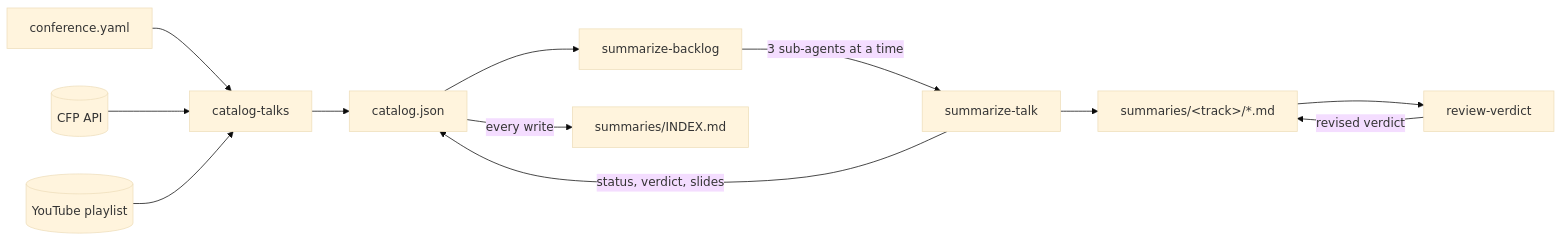
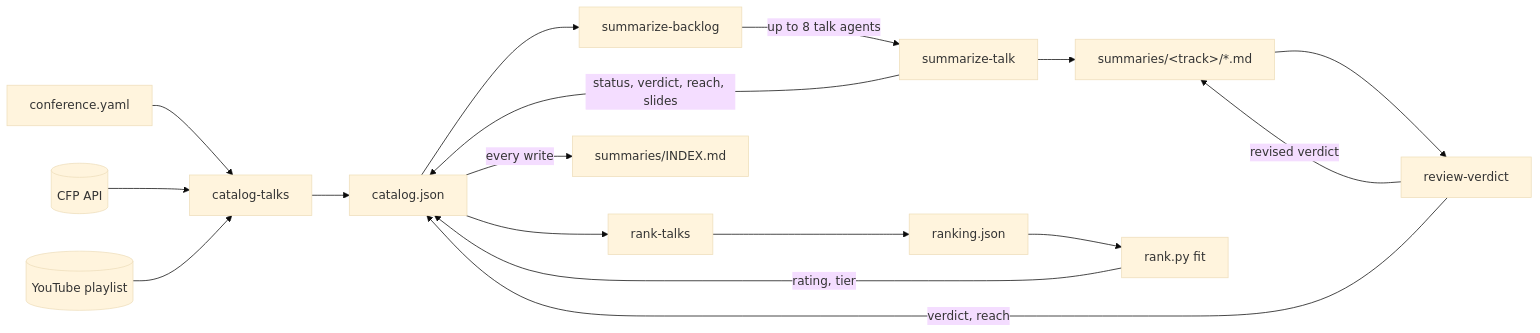
One commit to Sarah-Reyskens/conference-summaries changed the diagram in README.md. Above: the diagram before and after it, drawn with Mermaid (base theme). The commit also changed other lines of this file, not shown here.

Commit message:
Enhance README with detailed talk ranking and reach criteria

````diff
--- a/README.md
+++ b/README.md
@@ -65,14 +88,19 @@
 ```mermaid
 flowchart LR
   conf[conference.yaml] --> cat[catalog-talks]
   cfp[(CFP API)] --> cat
   yt[(YouTube playlist)] --> cat
   cat --> catalog[catalog.json]
   catalog --> backlog[summarize-backlog]
-  backlog -->|3 sub-agents at a time| talk[summarize-talk]
+  backlog -->|up to 8 talk agents| talk[summarize-talk]
   talk --> summaries[summaries/&lt;track&gt;/*.md]
-  talk -->|status, verdict, slides| catalog
+  talk -->|status, verdict, reach, slides| catalog
   summaries --> review[review-verdict]
   review -->|revised verdict| summaries
+  review -->|verdict, reach| catalog
+  catalog --> rank[rank-talks]
+  rank --> state[ranking.json]
+  state --> fit[rank.py fit]
+  fit -->|rating, tier| catalog
   catalog -->|every write| index[summaries/INDEX.md]
 ```
````
